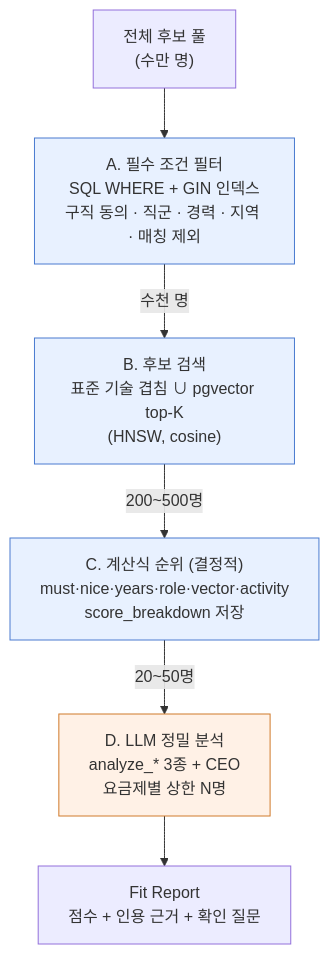
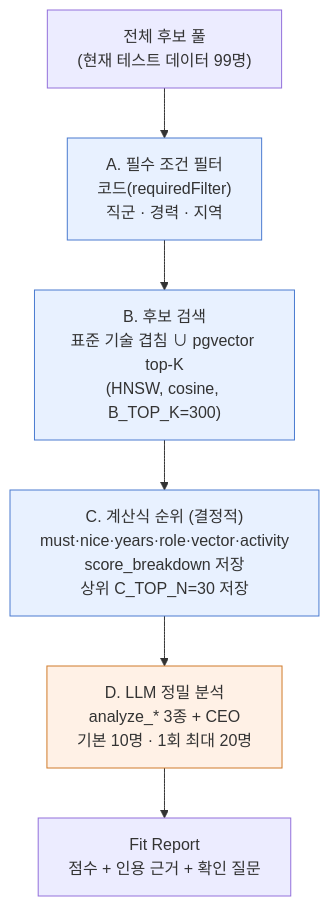
Before and after one commit to sung1842/jd-fit-analyzer: the fourth of 9 diagrams in docs/portfolio_scout_automation.md, drawn with Mermaid. The commit also changed other lines of this file and 1 other file, not shown here.

````diff
--- a/docs/portfolio_scout_automation.md
+++ b/docs/portfolio_scout_automation.md
@@ -181,13 +181,13 @@
 ```mermaid
 flowchart TB
-    POOL["전체 후보 풀<br/>(수만 명)"] --> A
-    A["A. 필수 조건 필터<br/>SQL WHERE + GIN 인덱스<br/>구직 동의 · 직군 · 경력 · 지역 · 매칭 제외"] -->|수천 명| B
-    B["B. 후보 검색<br/>표준 기술 겹침 ∪ pgvector top-K<br/>(HNSW, cosine)"] -->|200~500명| C
-    C["C. 계산식 순위 (결정적)<br/>must·nice·years·role·vector·activity<br/>score_breakdown 저장"] -->|20~50명| D
-    D["D. LLM 정밀 분석<br/>analyze_* 3종 + CEO<br/>요금제별 상한 N명"] --> R["Fit Report<br/>점수 + 인용 근거 + 확인 질문"]
+    POOL["전체 후보 풀<br/>(현재 테스트 데이터 99명)"] --> A
+    A["A. 필수 조건 필터<br/>코드(requiredFilter)<br/>직군 · 경력 · 지역"] --> B
+    B["B. 후보 검색<br/>표준 기술 겹침 ∪ pgvector top-K<br/>(HNSW, cosine, B_TOP_K=300)"] --> C
+    C["C. 계산식 순위 (결정적)<br/>must·nice·years·role·vector·activity<br/>score_breakdown 저장<br/>상위 C_TOP_N=30 저장"] --> D
+    D["D. LLM 정밀 분석<br/>analyze_* 3종 + CEO<br/>기본 10명 · 1회 최대 20명"] --> R["Fit Report<br/>점수 + 인용 근거 + 확인 질문"]
 
     style A fill:#e8f1ff,stroke:#4a7bd0
     style B fill:#e8f1ff,stroke:#4a7bd0
     style C fill:#e8f1ff,stroke:#4a7bd0
     style D fill:#fff1e6,stroke:#d07a2a
 ```
````
